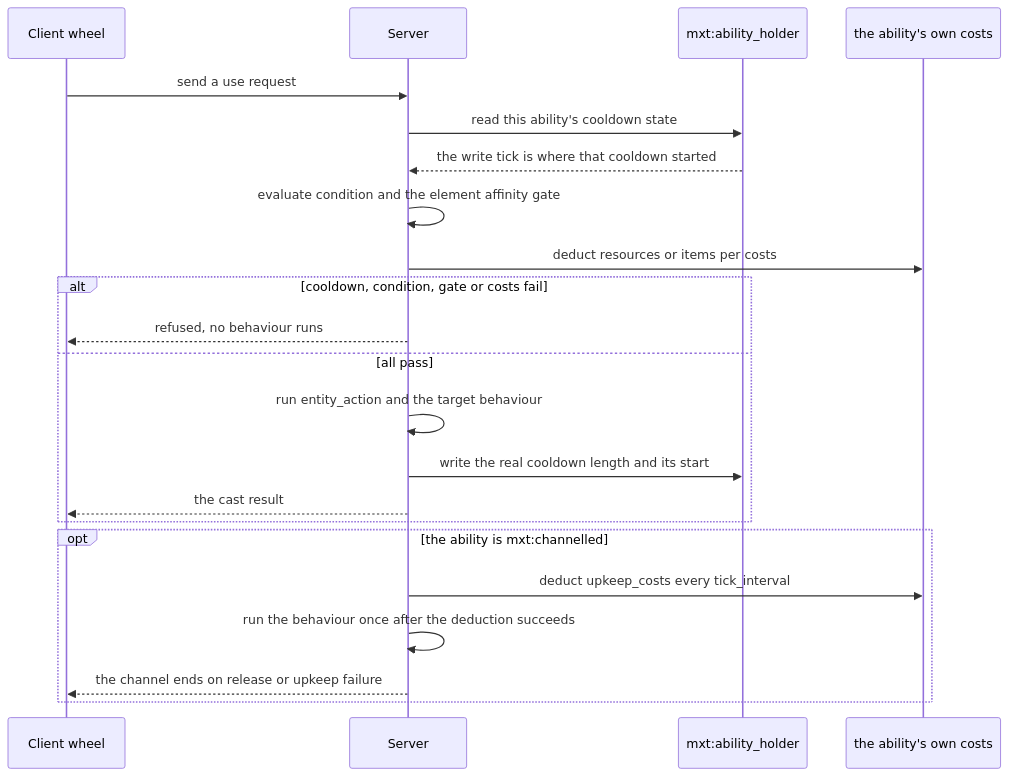
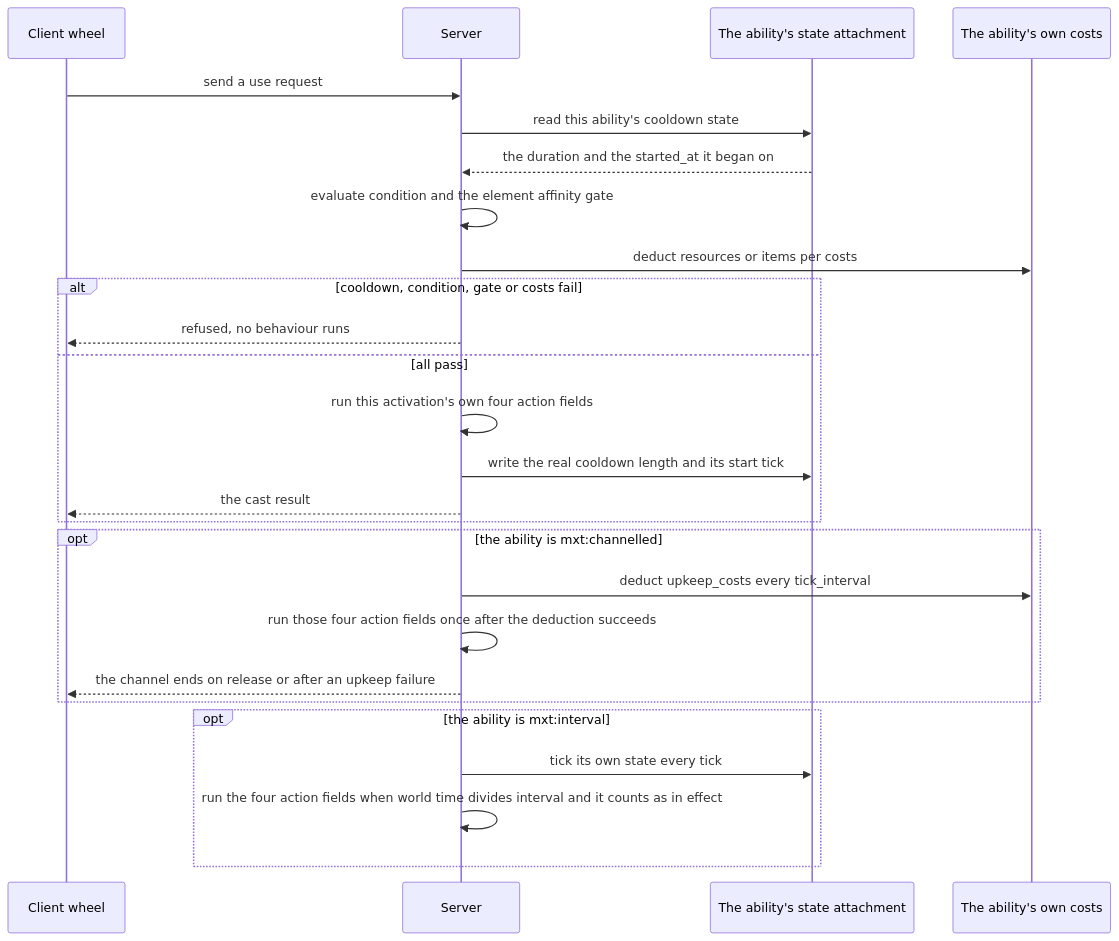
Before and after one commit to IAFEnvoy/mxt-docs: the diagram in docs/en/datapack/json/ability.md, drawn with Mermaid. The commit also changed other lines of this file and 231 other files, not shown here.

````diff
--- a/docs/en/datapack/json/ability.md
+++ b/docs/en/datapack/json/ability.md
@@ -156,25 +198,29 @@
 ```mermaid
 sequenceDiagram
     participant C as Client wheel
     participant S as Server
-    participant H as mxt:ability_holder
-    participant R as the ability's own costs
+    participant H as The ability's state attachment
+    participant R as The ability's own costs
 
     C->>S: send a use request
     S->>H: read this ability's cooldown state
-    H-->>S: the write tick is where that cooldown started
+    H-->>S: the duration and the started_at it began on
     S->>S: evaluate condition and the element affinity gate
     S->>R: deduct resources or items per costs
     alt cooldown, condition, gate or costs fail
         S-->>C: refused, no behaviour runs
     else all pass
-        S->>S: run entity_action and the target behaviour
-        S->>H: write the real cooldown length and its start
+        S->>S: run this activation's own four action fields
+        S->>H: write the real cooldown length and its start tick
         S-->>C: the cast result
     end
     opt the ability is mxt:channelled
         S->>R: deduct upkeep_costs every tick_interval
-        S->>S: run the behaviour once after the deduction succeeds
-        S-->>C: the channel ends on release or upkeep failure
+        S->>S: run those four action fields once after the deduction succeeds
+        S-->>C: the channel ends on release or after an upkeep failure
+    end
+    opt the ability is mxt:interval
+        S->>H: tick its own state every tick
+        S->>S: run the four action fields when world time divides interval and it counts as in effect
     end
 ```
````
